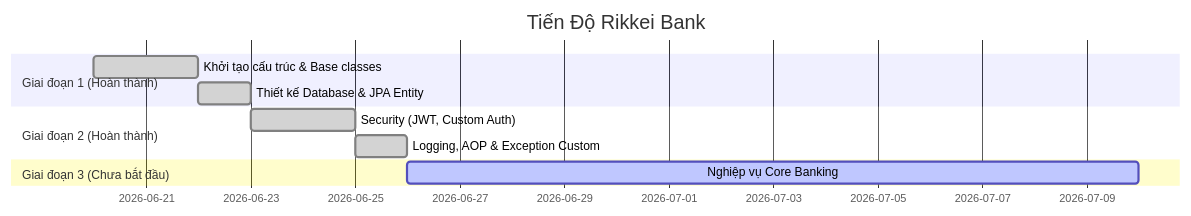
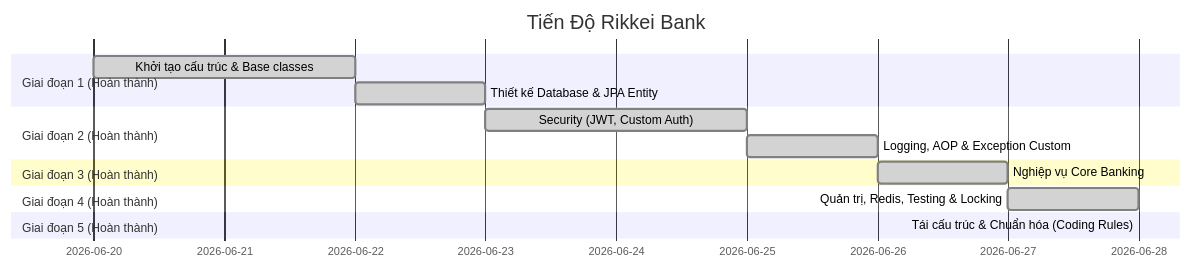
Before and after one commit to KienPhan1109/rikkei-bank: the first of 2 diagrams in report.md, drawn with Mermaid. The commit also changed other lines of this file and 82 other files, not shown here.

Commit message:
Hoàn thành sprint 6

````diff
--- a/report.md
+++ b/report.md
@@ -25,13 +25,17 @@
 ```mermaid
 gantt
     title Tiến Độ Rikkei Bank
     dateFormat  YYYY-MM-DD
     section Giai đoạn 1 (Hoàn thành)
     Khởi tạo cấu trúc & Base classes    :done,    des1, 2026-06-20, 2026-06-22
     Thiết kế Database & JPA Entity      :done,    des2, 2026-06-22, 2026-06-23
     section Giai đoạn 2 (Hoàn thành)
     Security (JWT, Custom Auth)         :done,    des3, 2026-06-23, 2026-06-25
     Logging, AOP & Exception Custom     :done,    des4, 2026-06-25, 2026-06-26
-    section Giai đoạn 3 (Chưa bắt đầu)
-    Nghiệp vụ Core Banking              :active,  des5, 2026-06-26, 2026-07-10
+    section Giai đoạn 3 (Hoàn thành)
+    Nghiệp vụ Core Banking              :done,    des5, 2026-06-26, 2026-06-27
+    section Giai đoạn 4 (Hoàn thành)
+    Quản trị, Redis, Testing & Locking   :done,    des6, 2026-06-27, 2026-06-28
+    section Giai đoạn 5 (Hoàn thành)
+    Tái cấu trúc & Chuẩn hóa (Coding Rules):done,  des7, 2026-06-28, 2026-06-28
 ```
````
